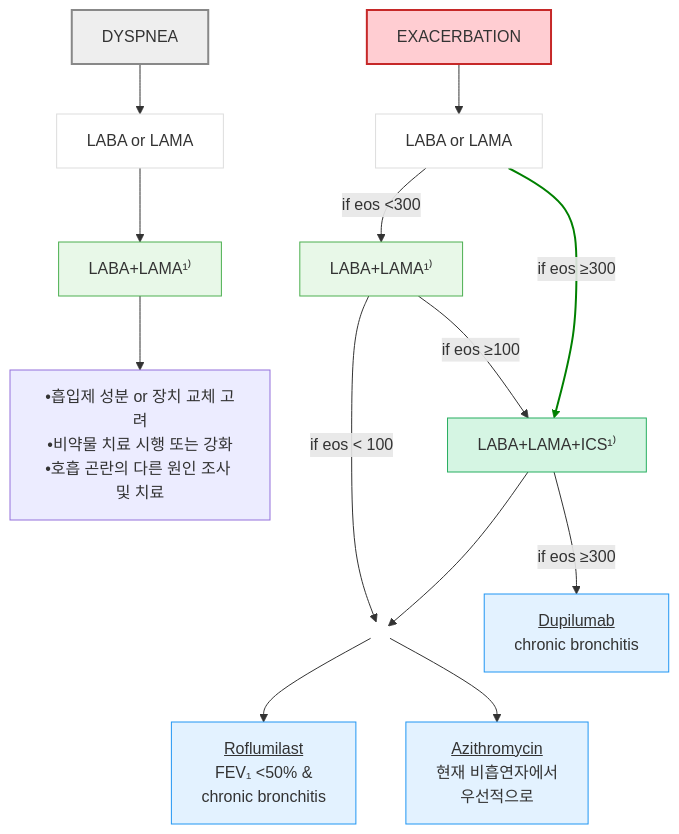
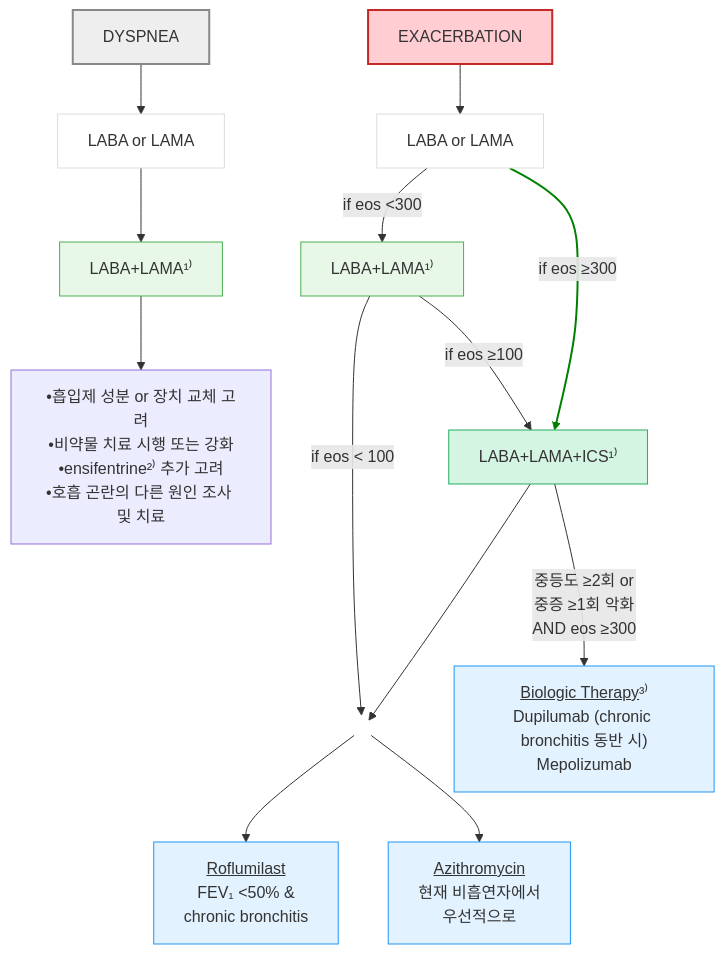
One commit to familyoh77/familyoh77 changed the first of 3 diagrams in 223_/072_-copd.md. Above: the diagram before and after it, drawn with Mermaid. The commit also changed other lines of this file and 2 other files, not shown here.

````diff
--- a/223_/072_-copd.md
+++ b/223_/072_-copd.md
@@ -380,35 +407,35 @@
 ```mermaid
 graph TD
 %% DYSPNEA pathway
 D0[DYSPNEA] --> D1[LABA or LAMA]
     D1 --> D2["LABA+LAMA¹⁾"]
-    D2 --> D3["•흡입제 성분 or 장치 교체 고려<br/>•비약물 치료 시행 또는 강화<br/>•호흡 곤란의 다른 원인 조사 및 치료"]
+    D2 --> D3["•흡입제 성분 or 장치 교체 고려<br/>•비약물 치료 시행 또는 강화<br/>•ensifentrine²⁾ 추가 고려<br/>•호흡 곤란의 다른 원인 조사 및 치료"]
 
-%% EXACERBATION pathway
+%% EXACERBATION pathway (중등도 또는 중증 악화 ≥1회/년)
 E0[EXACERBATION] --> E1[LABA or LAMA]
 
     E2 -- "if eos ≥100" --> E3
     E1 -- "if eos <300" --> E2["LABA+LAMA¹⁾"]
     E1 -- "if eos ≥300" --> E3["LABA+LAMA+ICS¹⁾"]    
 
     
     E2 -- "if eos < 100" --> E4{ }
     E3 --> E4
     
     E4 --> E5["<u>Roflumilast</u><br/>FEV₁ <50% &<br/>chronic bronchitis"]
     E4 --> E6["<u>Azithromycin</u><br/>현재 비흡연자에서<br/>우선적으로"]
-    E3 -- "if eos ≥300"--> E7["<u>Dupilumab</u><br/>chronic bronchitis"]
+    E3 -- "중등도 ≥2회 or<br/>중증 ≥1회 악화<br/>AND eos ≥300"--> E7["<u>Biologic Therapy</u>³⁾<br/>Dupilumab (chronic bronchitis 동반 시)<br/>Mepolizumab"]
 
 style D0 fill:#eeeeee,stroke:#888888,stroke-width:2px
 style D1 fill:#fff,stroke:#ddd
 style D2 fill:#e8f8e8,stroke:#4caf50
 style E0 fill:#ffcdd2,stroke:#c62828,stroke-width:2px
 style E1 fill:#fff,stroke:#ddd
 style E2 fill:#e8f8e8,stroke:#4caf50
 style E3 fill:#d5f5e3,stroke:#27ae60
 style E4 fill:none,stroke:none
 classDef sky fill:#e3f2ff,stroke:#2196f3
 class E5,E6,E7 sky
 
 linkStyle 6 stroke:green,stroke-width:2px;
 ```
````
